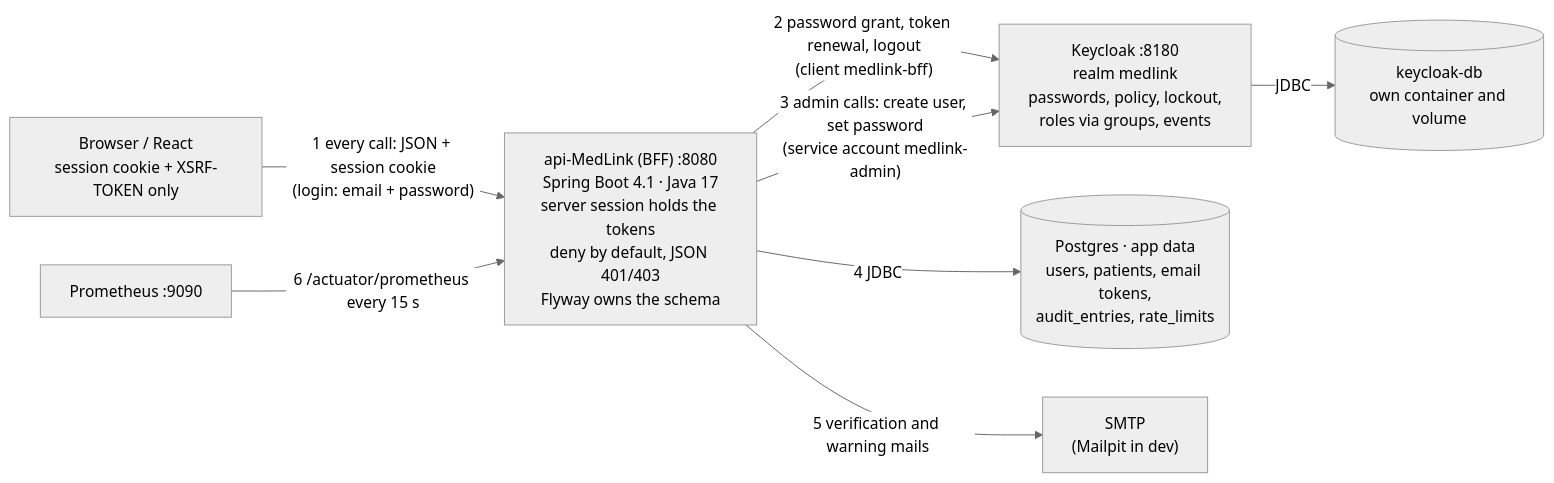
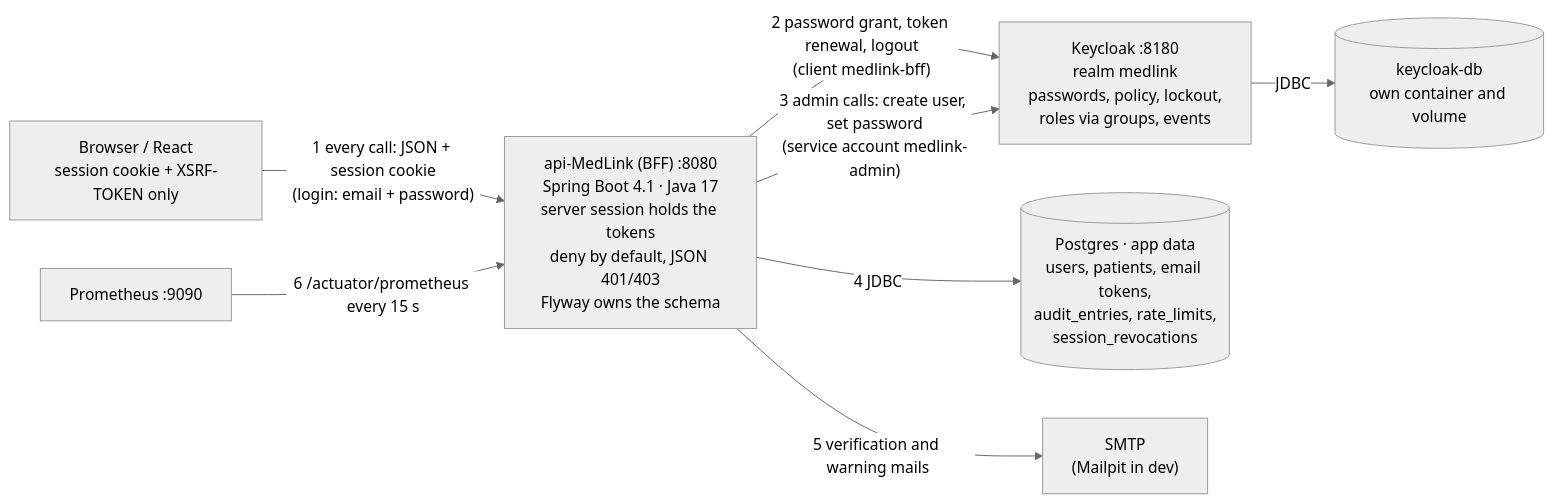
Before and after one commit to assali-mohamed-ali/api-MedLink: the first of 5 diagrams in docs/ARCHITECTURE.md, drawn with Mermaid (neutral theme). The commit also changed 7 other files, not shown here.

````diff
--- a/docs/ARCHITECTURE.md
+++ b/docs/ARCHITECTURE.md
@@ -33,17 +33,17 @@
 ```mermaid
 flowchart LR
   BR["Browser / React<br/>session cookie + XSRF-TOKEN only"]
   API["api-MedLink (BFF) :8080<br/>Spring Boot 4.1 · Java 17<br/>server session holds the tokens<br/>deny by default, JSON 401/403<br/>Flyway owns the schema"]
   KC["Keycloak :8180<br/>realm medlink<br/>passwords, policy, lockout,<br/>roles via groups, events"]
   KCDB[("keycloak-db<br/>own container and volume")]
-  APPDB[("Postgres · app data<br/>users, patients, email tokens,<br/>audit_entries, rate_limits")]
+  APPDB[("Postgres · app data<br/>users, patients, email tokens,<br/>audit_entries, rate_limits,<br/>session_revocations")]
   MAIL["SMTP<br/>(Mailpit in dev)"]
   PROM["Prometheus :9090"]
   BR -- "1 every call: JSON + session cookie<br/>(login: email + password)" --> API
   API -- "2 password grant, token renewal, logout<br/>(client medlink-bff)" --> KC
   API -- "3 admin calls: create user, set password<br/>(service account medlink-admin)" --> KC
   API -- "4 JDBC" --> APPDB
   KC -- "JDBC" --> KCDB
   API -- "5 verification and warning mails" --> MAIL
   PROM -- "6 /actuator/prometheus every 15 s" --> API
 ```
````
